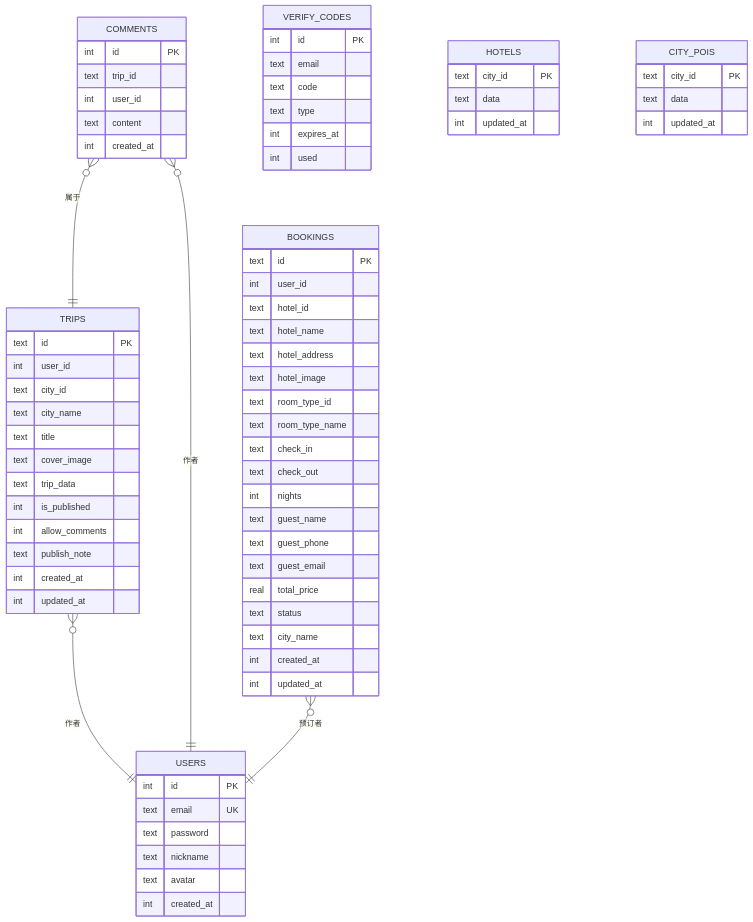
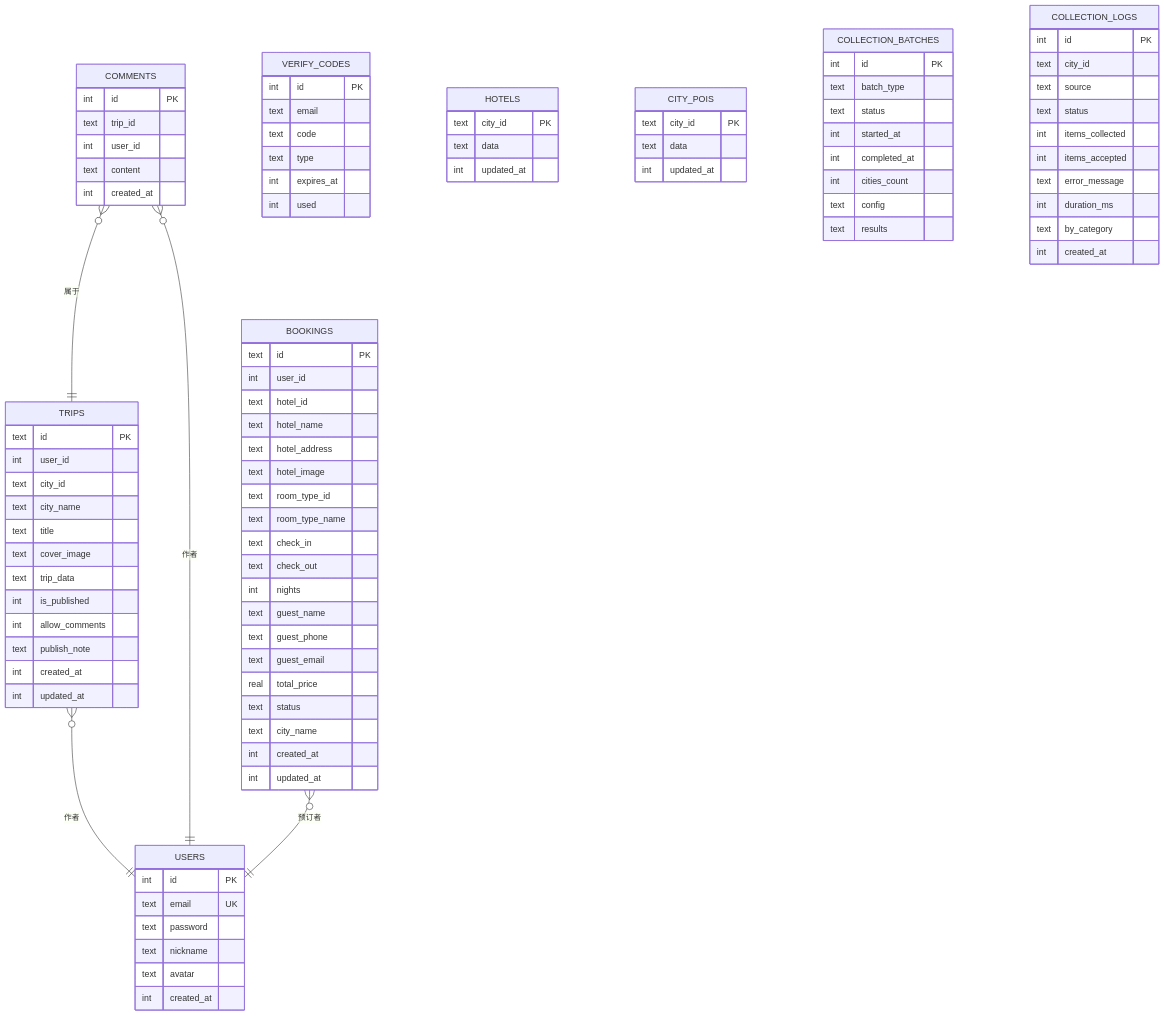
Before and after one commit to ititjjy/AITrip-plan: the second of 3 diagrams in .qoder/repowiki/zh/content/数据库设计.md, drawn with Mermaid. The commit also changed other lines of this file and 10 other files, not shown here.

```diff
--- a/.qoder/repowiki/zh/content/数据库设计.md
+++ b/.qoder/repowiki/zh/content/数据库设计.md
@@ -171,6 +177,28 @@
 text data
 int updated_at
 }
+COLLECTION_BATCHES {
+int id PK
+text batch_type
+text status
+int started_at
+int completed_at
+int cities_count
+text config
+text results
+}
+COLLECTION_LOGS {
+int id PK
+text city_id
+text source
+text status
+int items_collected
+int items_accepted
+text error_message
+int duration_ms
+text by_category
+int created_at
+}
 TRIPS }o--|| USERS : "作者"
 COMMENTS }o--|| TRIPS : "属于"
 COMMENTS }o--|| USERS : "作者"
```
